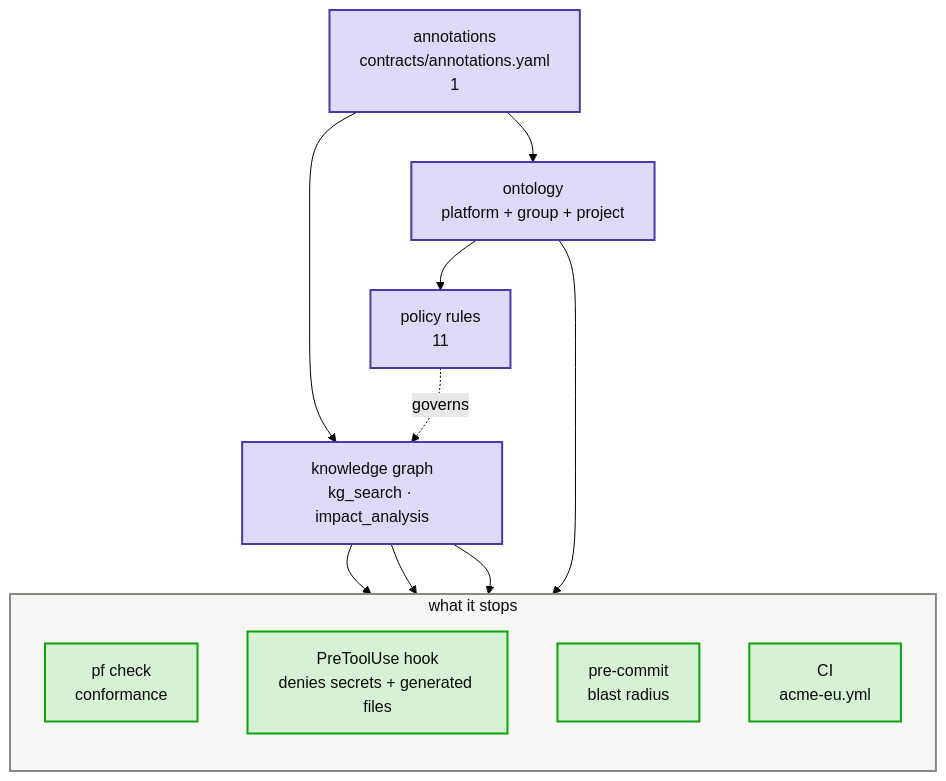
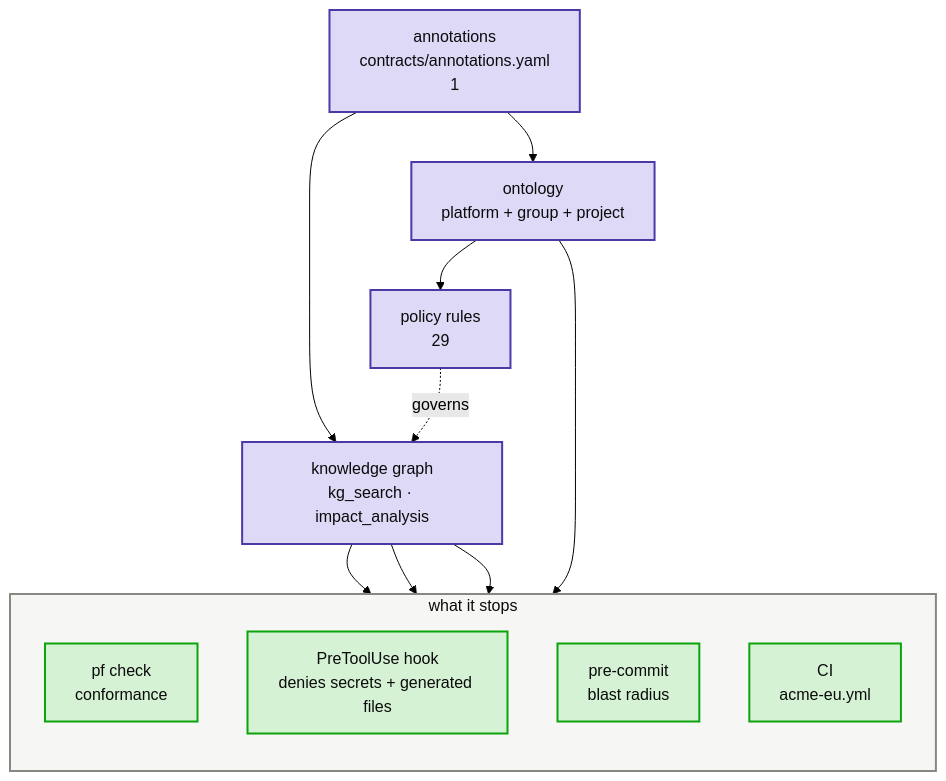
Before and after one commit to Atomz-org/data-platform: the third of 3 diagrams in groups/acme/projects/acme-eu/kg/architecture.md, drawn with Mermaid (forest theme). The commit also changed other lines of this file and 7 other files, not shown here.

````diff
--- a/groups/acme/projects/acme-eu/kg/architecture.md
+++ b/groups/acme/projects/acme-eu/kg/architecture.md
@@ -68,26 +68,26 @@
 ```mermaid
 flowchart TB
     A["annotations<br/>contracts/annotations.yaml<br/>1"]:::platform
     O["ontology<br/>platform + group + project"]:::platform
-    P["policy rules<br/>11"]:::platform
+    P["policy rules<br/>29"]:::platform
     K["knowledge graph<br/>kg_search · impact_analysis"]:::platform
     subgraph LG["what it stops"]
         direction TB
         E1["pf check<br/>conformance"]:::good
         E2["PreToolUse hook<br/>denies secrets + generated files"]:::good
         E3["pre-commit<br/>blast radius"]:::good
         E4["CI<br/>acme-eu.yml"]:::good
     end
     A --> O --> P
     A --> K
     P -.governs.-> K
     K --> E2
     K --> E3
     K --> E4
     O --> E1
     classDef platform fill:#ded9f7,stroke:#4a3aa7,stroke-width:2px,color:#0b0b0b
     classDef good fill:#d5f2d5,stroke:#0ca30c,stroke-width:2px,color:#0b0b0b
     classDef neutral fill:#e8e7e2,stroke:#898781,stroke-width:2px,color:#0b0b0b
     classDef lane fill:#f6f6f4,stroke:#898781,stroke-width:2px,color:#0b0b0b
     class LG lane
 ```
````
